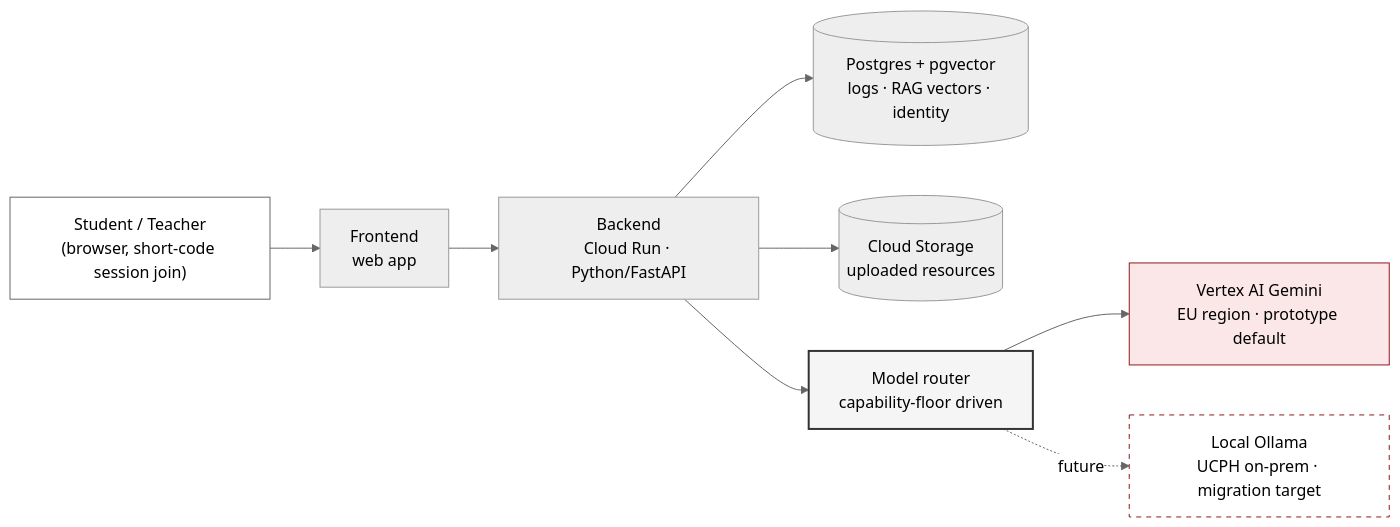
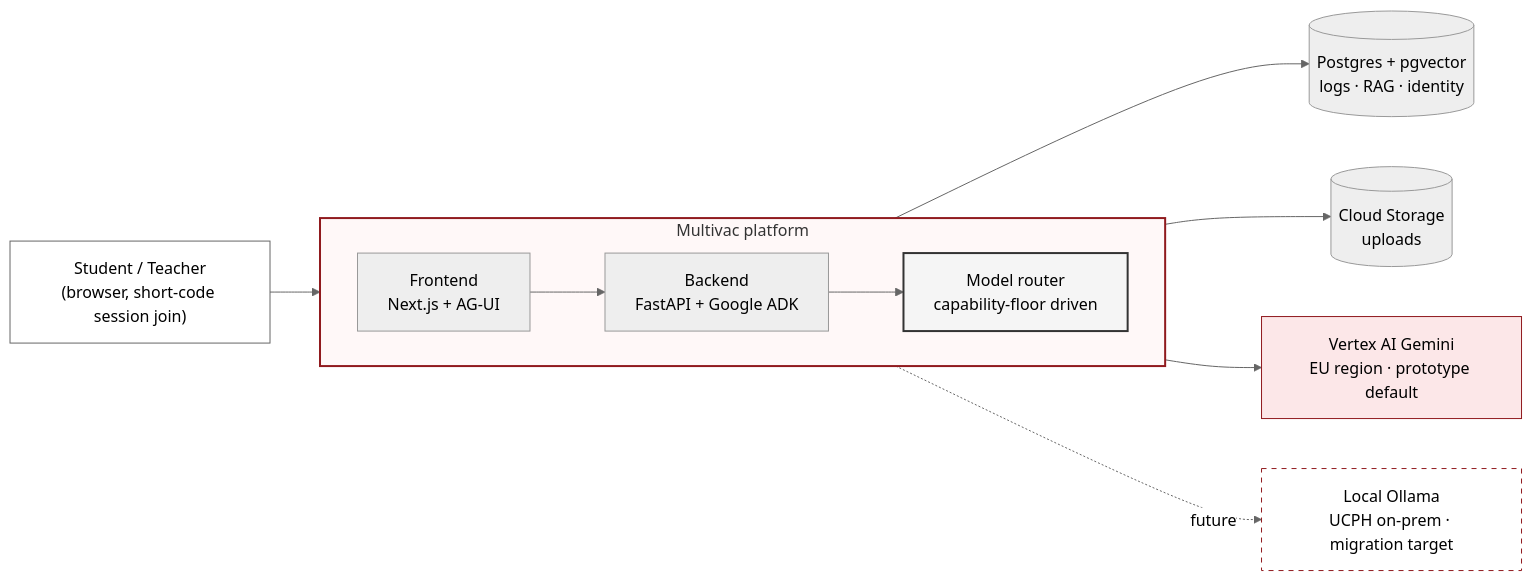
The diagram in architecture.qmd (sunholo-data/aipla), drawn with Mermaid (neutral theme) before and after one commit. The commit also changed other lines of this file, not shown here.

First line of the commit message:
Add ADR-011 (Strand A built on Multivac) and platform foundation section

````diff
--- a/architecture.qmd
+++ b/architecture.qmd
@@ -10,24 +16,30 @@
 ```{mermaid}
 flowchart LR
     User["Student / Teacher<br/>(browser, short-code session join)"]
-    Front["Frontend<br/>web app"]
-    Back["Backend<br/>Cloud Run · Python/FastAPI"]
-    DB[("Postgres + pgvector<br/>logs · RAG vectors · identity")]
-    Storage[("Cloud Storage<br/>uploaded resources")]
-    Router["Model router<br/>capability-floor driven"]
+
+    subgraph Multivac["Multivac platform"]
+        direction LR
+        Front["Frontend<br/>Next.js + AG-UI"]
+        Back["Backend<br/>FastAPI + Google ADK"]
+        Router["Model router<br/>capability-floor driven"]
+    end
+
+    DB[("Postgres + pgvector<br/>logs · RAG · identity")]
+    Storage[("Cloud Storage<br/>uploads")]
     Vertex["Vertex AI Gemini<br/>EU region · prototype default"]
     Ollama["Local Ollama<br/>UCPH on-prem · migration target"]
 
     User --> Front
     Front --> Back
     Back --> DB
     Back --> Storage
     Back --> Router
     Router --> Vertex
     Router -.future.-> Ollama
 
     style User fill:#fff,stroke:#666
+    style Multivac fill:#fff8f8,stroke:#901a1e,stroke-width:2px
     style Vertex fill:#fce7e8,stroke:#901a1e
     style Ollama fill:#fff,stroke:#901a1e,stroke-dasharray:5
     style Router fill:#f5f5f5,stroke:#333,stroke-width:2px
 ```
````
